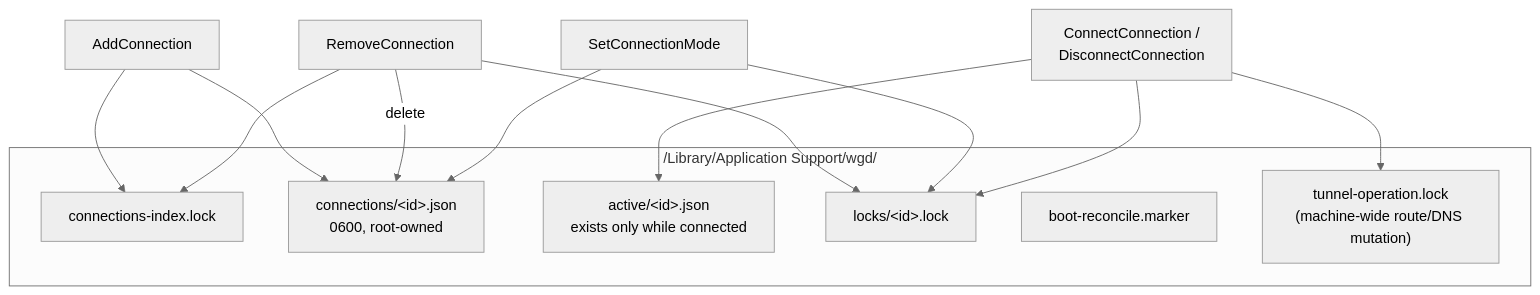
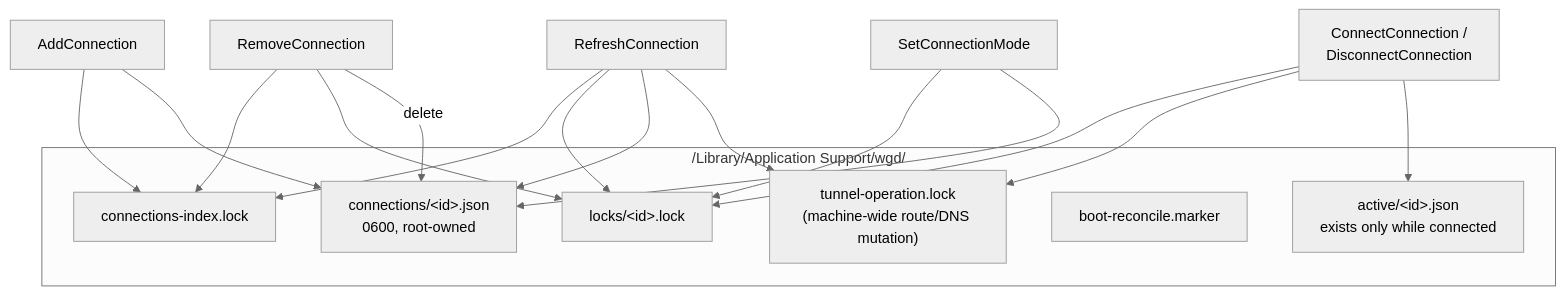
One commit to pansen/macos-wireguard-daemon changed the fifth of 11 diagrams in doc/architecture.md. Above: the diagram before and after it, drawn with Mermaid (neutral theme). The commit also changed other lines of this file and 13 other files, not shown here.

First line of the commit message:
Add `wgd connection refresh` command

````diff
--- a/doc/architecture.md
+++ b/doc/architecture.md
@@ -260,22 +263,26 @@
 ```mermaid
 flowchart TB
     subgraph store["/Library/Application Support/wgd/"]
         IDX["connections-index.lock"]
         CONND["connections/&lt;id&gt;.json<br/>0600, root-owned"]
         ACTD["active/&lt;id&gt;.json<br/>exists only while connected"]
         LOCKD["locks/&lt;id&gt;.lock"]
         MARK["boot-reconcile.marker"]
         NETLK["tunnel-operation.lock<br/>(machine-wide route/DNS mutation)"]
     end
 
     ADD["AddConnection"] --> IDX
     ADD --> CONND
+    REFRESH["RefreshConnection"] --> IDX
+    REFRESH --> LOCKD
+    REFRESH --> CONND
+    REFRESH --> NETLK
     REMOVE["RemoveConnection"] --> IDX
     REMOVE --> LOCKD
     REMOVE -->|"delete"| CONND
     MODE["SetConnectionMode"] --> LOCKD
     MODE --> CONND
     CONNECT["ConnectConnection /<br/>DisconnectConnection"] --> LOCKD
     CONNECT --> NETLK
     CONNECT --> ACTD
 ```
````
